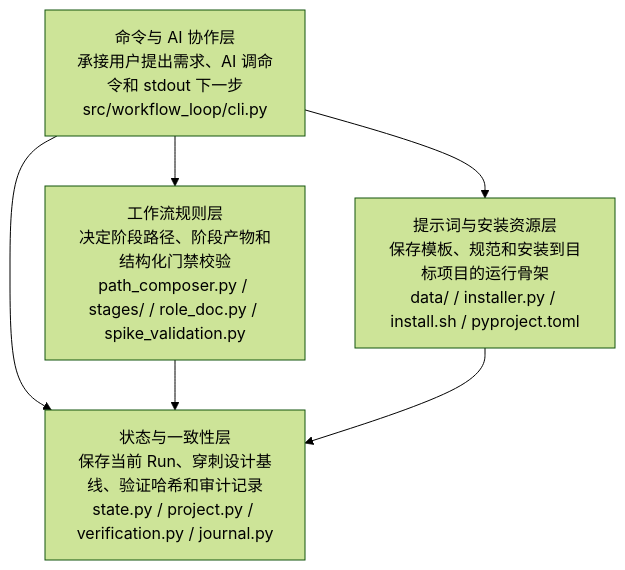
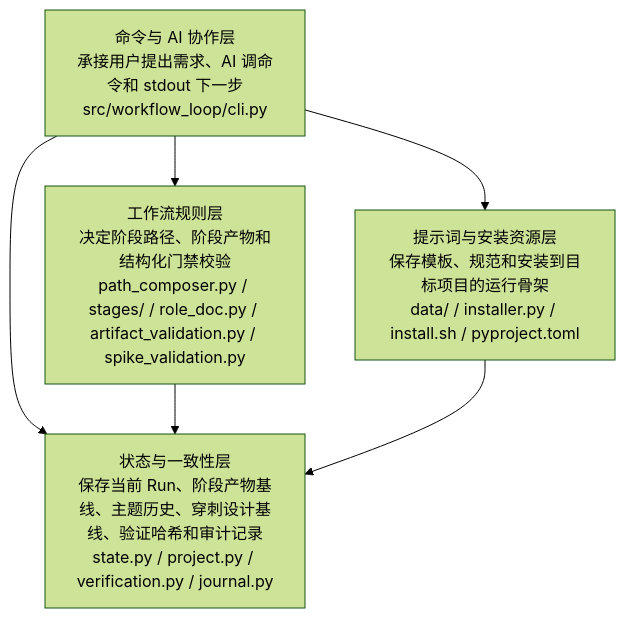
Before and after one commit to yuzyf/workflow_loop: the first of 6 diagrams in spec/architecture_code_design.md, drawn with Mermaid (forest theme). The commit also changed other lines of this file and 60 other files, not shown here.

````diff
--- a/spec/architecture_code_design.md
+++ b/spec/architecture_code_design.md
@@ -93,13 +98,13 @@
 ```mermaid
 flowchart TB
     L1["命令与 AI 协作层<br/>承接用户提出需求、AI 调命令和 stdout 下一步<br/>src/workflow_loop/cli.py"]
-    L2["工作流规则层<br/>决定阶段路径、阶段产物和结构化门禁校验<br/>path_composer.py / stages/ / role_doc.py / spike_validation.py"]
-    L3["状态与一致性层<br/>保存当前 Run、穿刺设计基线、验证哈希和审计记录<br/>state.py / project.py / verification.py / journal.py"]
+    L2["工作流规则层<br/>决定阶段路径、阶段产物和结构化门禁校验<br/>path_composer.py / stages/ / role_doc.py / artifact_validation.py / spike_validation.py"]
+    L3["状态与一致性层<br/>保存当前 Run、阶段产物基线、主题历史、穿刺设计基线、验证哈希和审计记录<br/>state.py / project.py / verification.py / journal.py"]
     L4["提示词与安装资源层<br/>保存模板、规范和安装到目标项目的运行骨架<br/>data/ / installer.py / install.sh / pyproject.toml"]
 
     L1 --> L2
     L1 --> L3
     L1 --> L4
     L2 --> L3
     L4 --> L3
 ```
````
